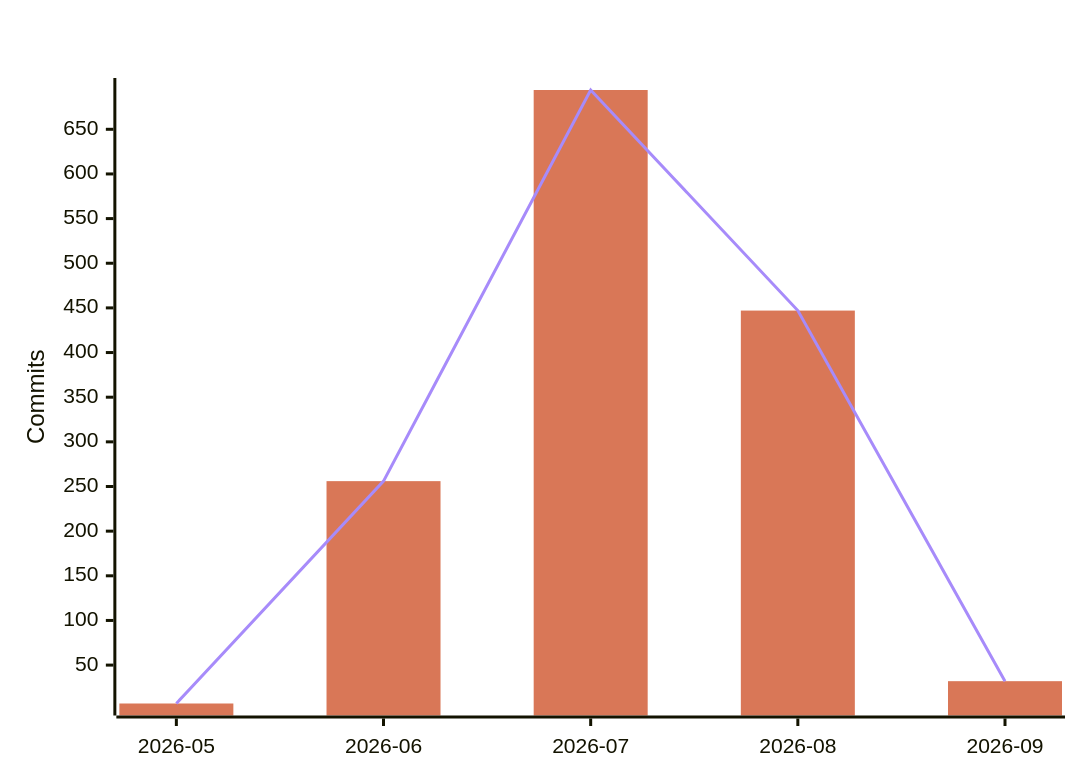
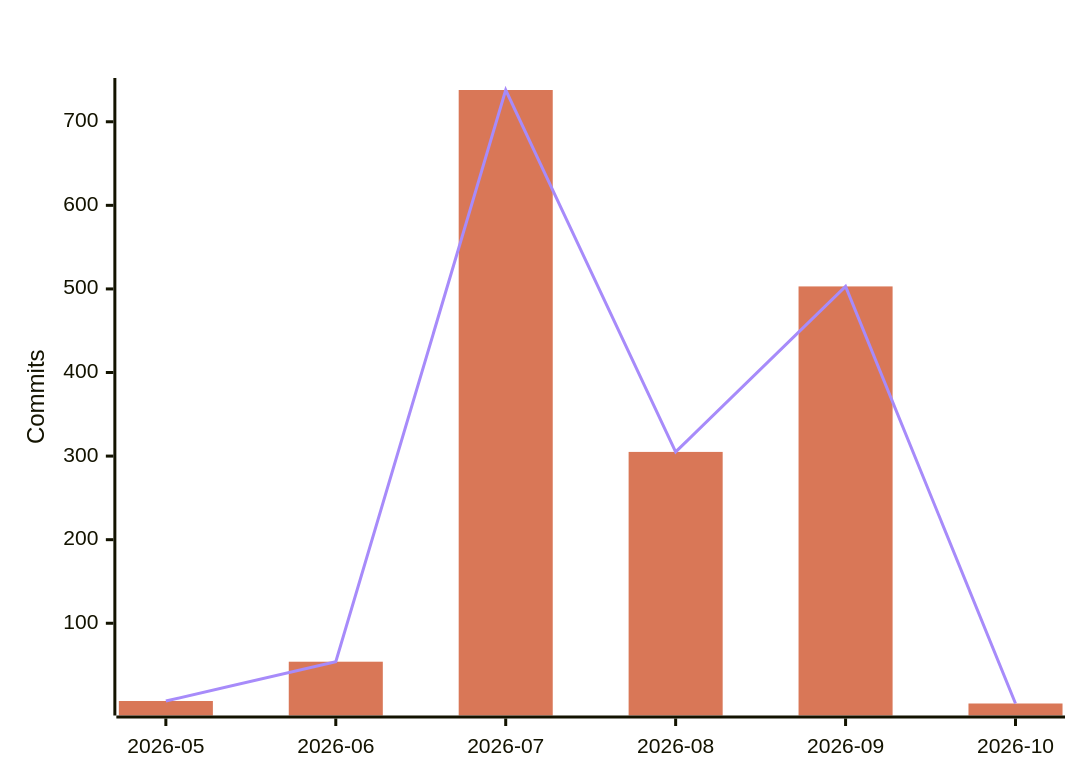
Before and after one commit to polo-nyan/polo-nyan: the fourth of 7 diagrams in README.md, drawn with Mermaid. The commit also changed other lines of this file and 1 other file, not shown here.

````diff
--- a/README.md
+++ b/README.md
@@ -294,9 +294,9 @@
 ```mermaid
 %%{init: {"xyChart": {"titleColor": "#ffffff", "xAxisLabelColor": "#ffffff", "yAxisLabelColor": "#ffffff"}, "themeVariables": {"xyChart": {"titleColor": "#ffffff", "plotColorPalette": "#d97757, #a78bfa"}}}}%%
 xychart-beta
     title "AI-Assisted Commits Per Month"
-    x-axis ["2026-05", "2026-06", "2026-07", "2026-08", "2026-09"]
+    x-axis ["2026-05", "2026-06", "2026-07", "2026-08", "2026-09", "2026-10"]
     y-axis "Commits"
-    bar [7, 256, 694, 447, 32]
-    line [7, 256, 694, 447, 32]
+    bar [7, 54, 738, 305, 503, 4]
+    line [7, 54, 738, 305, 503, 4]
 ```
````
